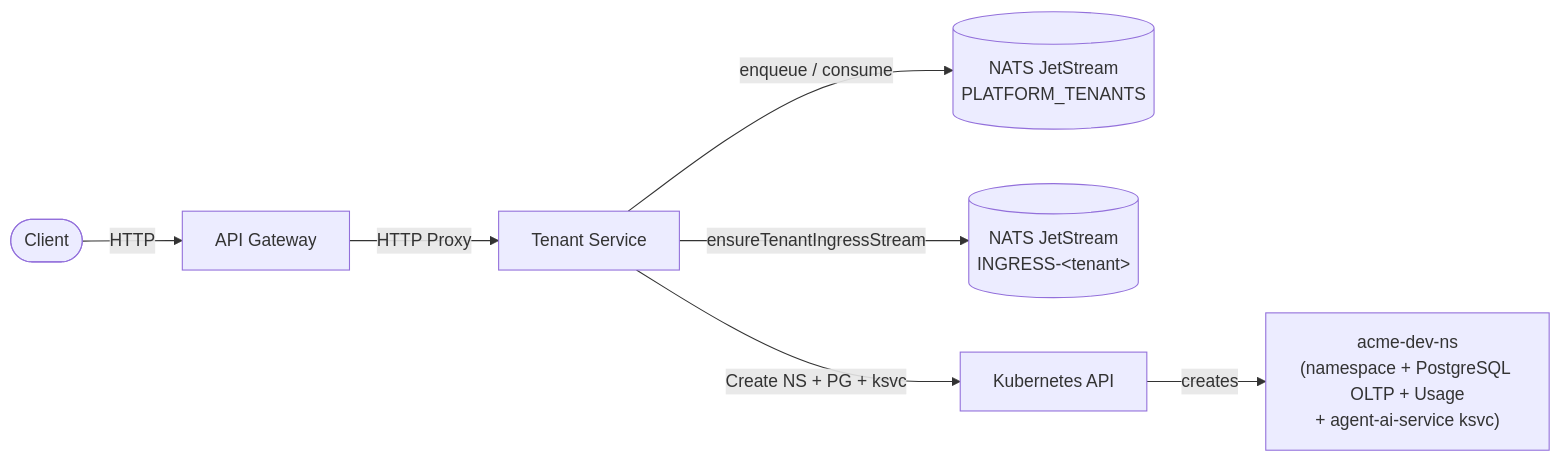
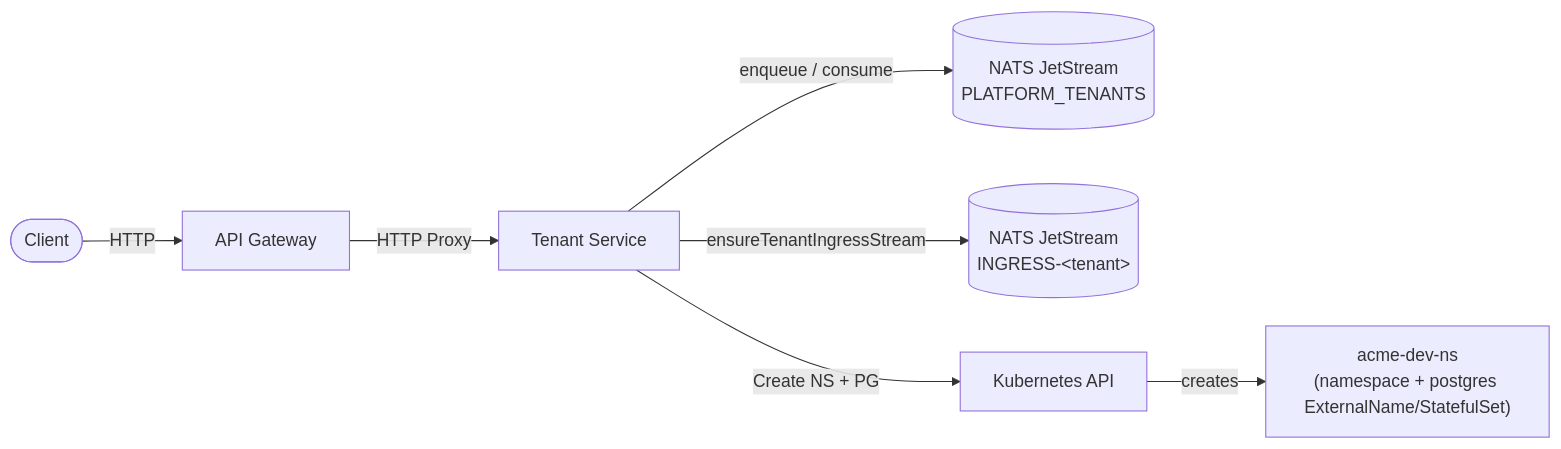
One commit to ccarnero/colloqui changed the eighth of 19 diagrams in DOCS/architecture/overview.md. Above: the diagram before and after it, drawn with Mermaid. The commit also changed other lines of this file and 88 other files, not shown here.

````diff
--- a/DOCS/architecture/overview.md
+++ b/DOCS/architecture/overview.md
@@ -392,9 +395,9 @@
 ```mermaid
 graph LR
     C([Client]) -->|HTTP| GW["API Gateway"]
     GW -->|HTTP Proxy| TS["Tenant Service"]
     TS -->|enqueue / consume| NATSQ[("NATS JetStream<br/>PLATFORM_TENANTS")]
     TS -->|ensureTenantIngressStream| NATSI[("NATS JetStream<br/>INGRESS-&lt;tenant&gt;")]
-    TS -->|Create NS + PG + ksvc| K8sAPI[Kubernetes API]
-    K8sAPI -->|creates| NS["acme-dev-ns<br/>(namespace + PostgreSQL OLTP + Usage<br/>+ agent-ai-service ksvc)"]
+    TS -->|Create NS + PG| K8sAPI[Kubernetes API]
+    K8sAPI -->|creates| NS["acme-dev-ns<br/>(namespace + postgres ExternalName/StatefulSet)"]
 ```
````
